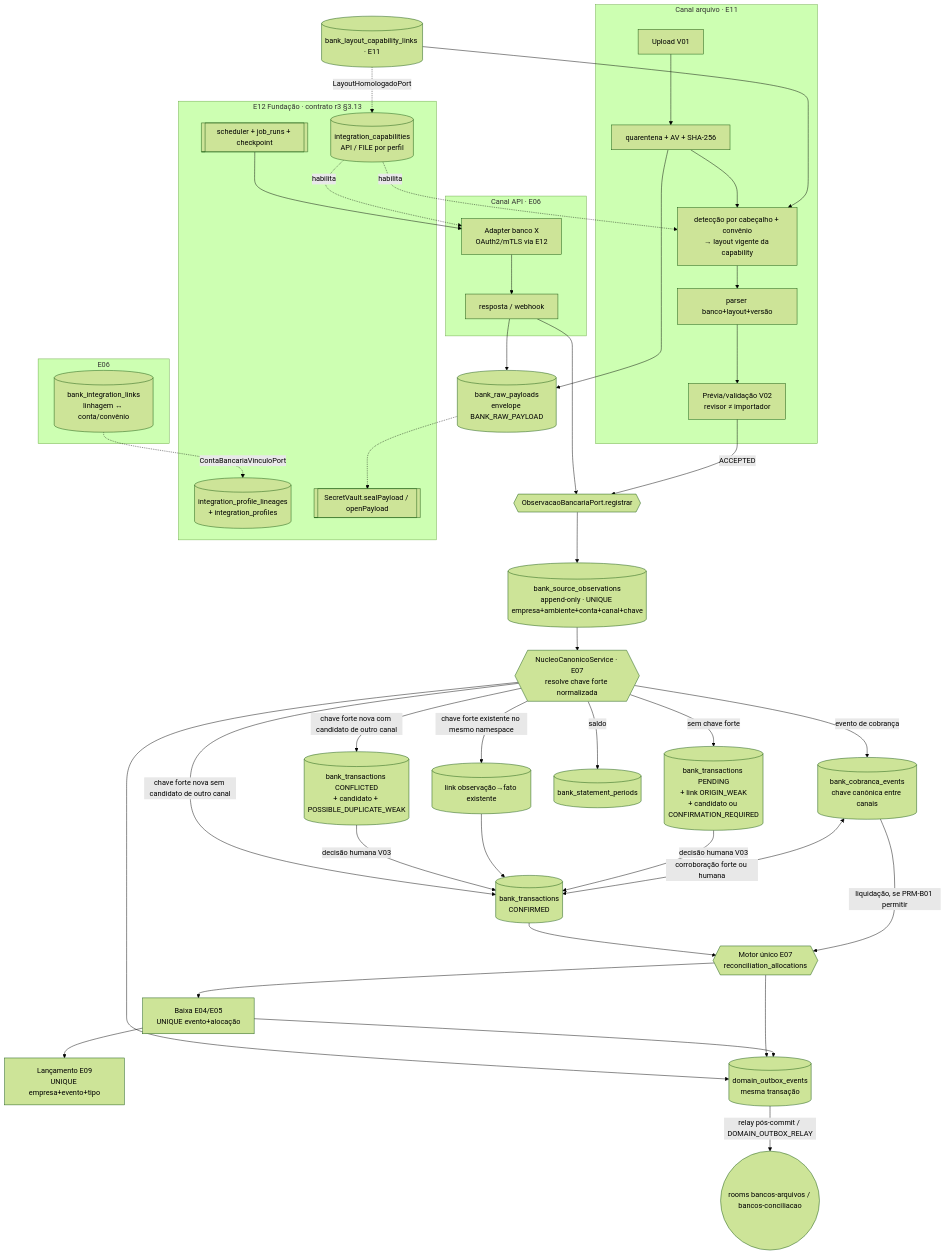
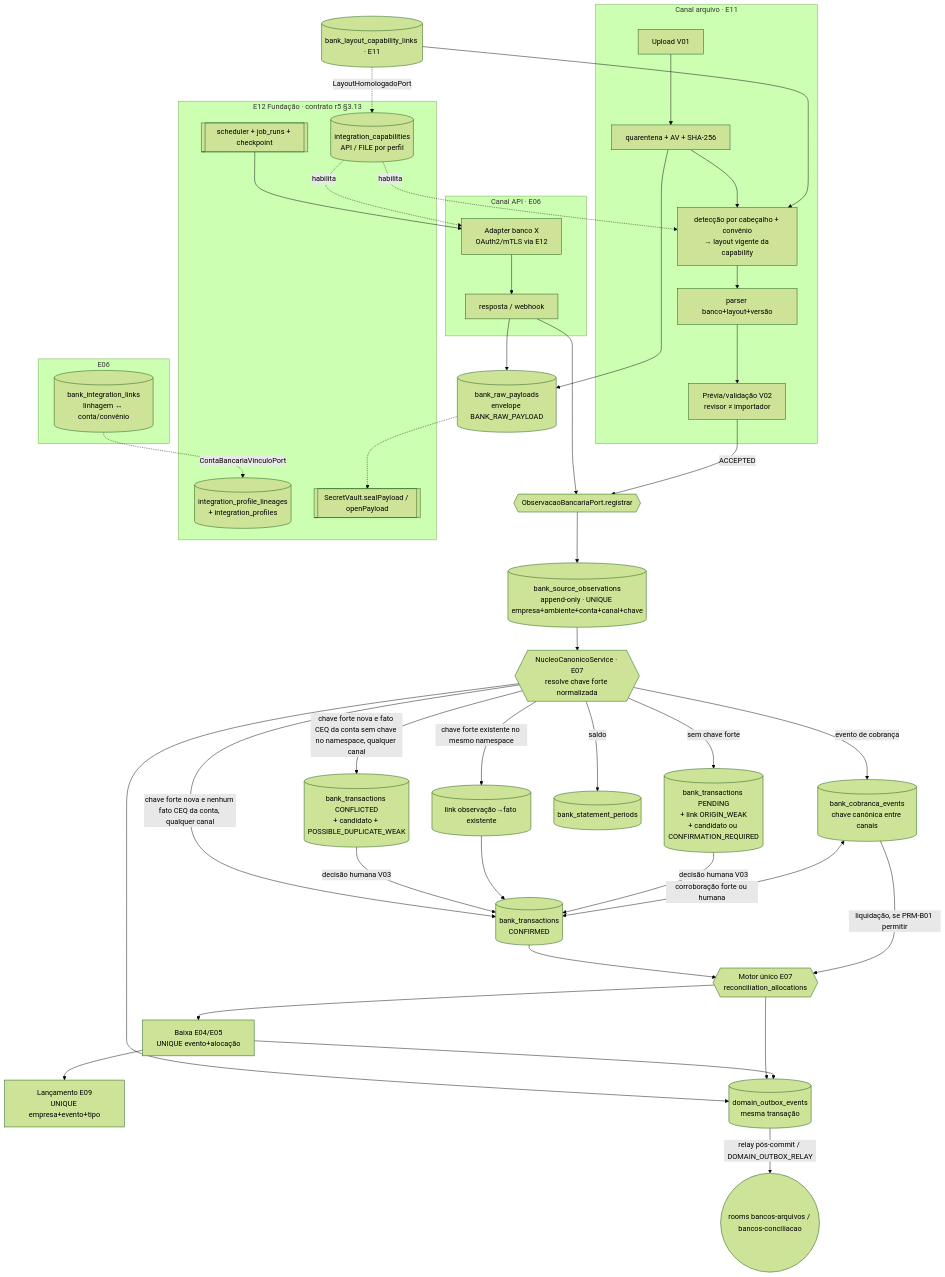
One commit to sammuka/alpha-carnes changed the first of 2 diagrams in docs/superpowers/plans/2026-10-12-e11-t00-cross-bancario-apis-arquivos-razao.md. Above: the diagram before and after it, drawn with Mermaid (forest theme). The commit also changed other lines of this file, not shown here.

Commit message:
docs(e11-t00): revisao v4 do plano apos Portao 1 r3 (adota contrato E12 r5)

````diff
--- a/docs/superpowers/plans/2026-10-12-e11-t00-cross-bancario-apis-arquivos-razao.md
+++ b/docs/superpowers/plans/2026-10-12-e11-t00-cross-bancario-apis-arquivos-razao.md
@@ -129,50 +146,50 @@
 ```mermaid
 flowchart TB
-  subgraph E12[E12 Fundação · contrato r3 §3.13]
+  subgraph E12[E12 Fundação · contrato r5 §3.13]
     LIN[(integration_profile_lineages\n+ integration_profiles)]
     CAP[(integration_capabilities\nAPI / FILE por perfil)]
     JOB[[scheduler + job_runs + checkpoint]]
     VAULT[[SecretVault.sealPayload / openPayload]]
   end
   subgraph E06L[E06]
     BIL[(bank_integration_links\nlinhagem ↔ conta/convênio)]
   end
   subgraph CANAL_API[Canal API · E06]
     AD[Adapter banco X\nOAuth2/mTLS via E12] --> RESP[resposta / webhook]
   end
   subgraph CANAL_ARQ[Canal arquivo · E11]
     UP[Upload V01] --> QUAR[quarentena + AV + SHA-256]
     QUAR --> DET[detecção por cabeçalho + convênio\n→ layout vigente da capability]
     DET --> PARSE[parser banco+layout+versão]
     PARSE --> REV[Prévia/validação V02\nrevisor ≠ importador]
   end
   BIL -. ContaBancariaVinculoPort .-> LIN
   BLCL[(bank_layout_capability_links · E11)] -. LayoutHomologadoPort .-> CAP
   JOB --> AD
   CAP -. habilita .-> AD
   CAP -. habilita .-> DET
   BLCL --> DET
   RESP --> RAW[(bank_raw_payloads\nenvelope BANK_RAW_PAYLOAD)]
   QUAR --> RAW
   RAW -.-> VAULT
   RESP --> PORT{{ObservacaoBancariaPort.registrar}}
   REV -- ACCEPTED --> PORT
   PORT --> OBS[(bank_source_observations\nappend-only · UNIQUE empresa+ambiente+conta+canal+chave)]
   OBS --> NUC{{NucleoCanonicoService · E07\nresolve chave forte normalizada}}
   NUC -- chave forte existente no mesmo namespace --> LINK[(link observação→fato existente)]
-  NUC -- chave forte nova sem candidato de outro canal --> TX[(bank_transactions\nCONFIRMED)]
-  NUC -- chave forte nova com candidato de outro canal --> CONFL[(bank_transactions CONFLICTED\n+ candidato + POSSIBLE_DUPLICATE_WEAK)]
+  NUC -- chave forte nova e nenhum fato CEQ da conta, qualquer canal --> TX[(bank_transactions\nCONFIRMED)]
+  NUC -- chave forte nova e fato CEQ da conta sem chave no namespace, qualquer canal --> CONFL[(bank_transactions CONFLICTED\n+ candidato + POSSIBLE_DUPLICATE_WEAK)]
   NUC -- sem chave forte --> PEND[(bank_transactions PENDING\n+ link ORIGIN_WEAK\n+ candidato ou CONFIRMATION_REQUIRED)]
   CONFL -- decisão humana V03 --> TX
   NUC -- evento de cobrança --> COB[(bank_cobranca_events\nchave canônica entre canais)]
   NUC -- saldo --> PER[(bank_statement_periods)]
   LINK --> TX
   PEND -- decisão humana V03 --> TX
   COB <-- corroboração forte ou humana --> TX
   TX --> MOT{{Motor único E07\nreconciliation_allocations}}
   COB -- liquidação, se PRM-B01 permitir --> MOT
   MOT --> BX[Baixa E04/E05\nUNIQUE evento+alocação]
   BX --> LED[Lançamento E09\nUNIQUE empresa+evento+tipo]
   NUC & MOT & BX --> OUT[(domain_outbox_events\nmesma transação)]
   OUT -- relay pós-commit / DOMAIN_OUTBOX_RELAY --> WS((rooms bancos-arquivos / bancos-conciliacao))
 ```
````
